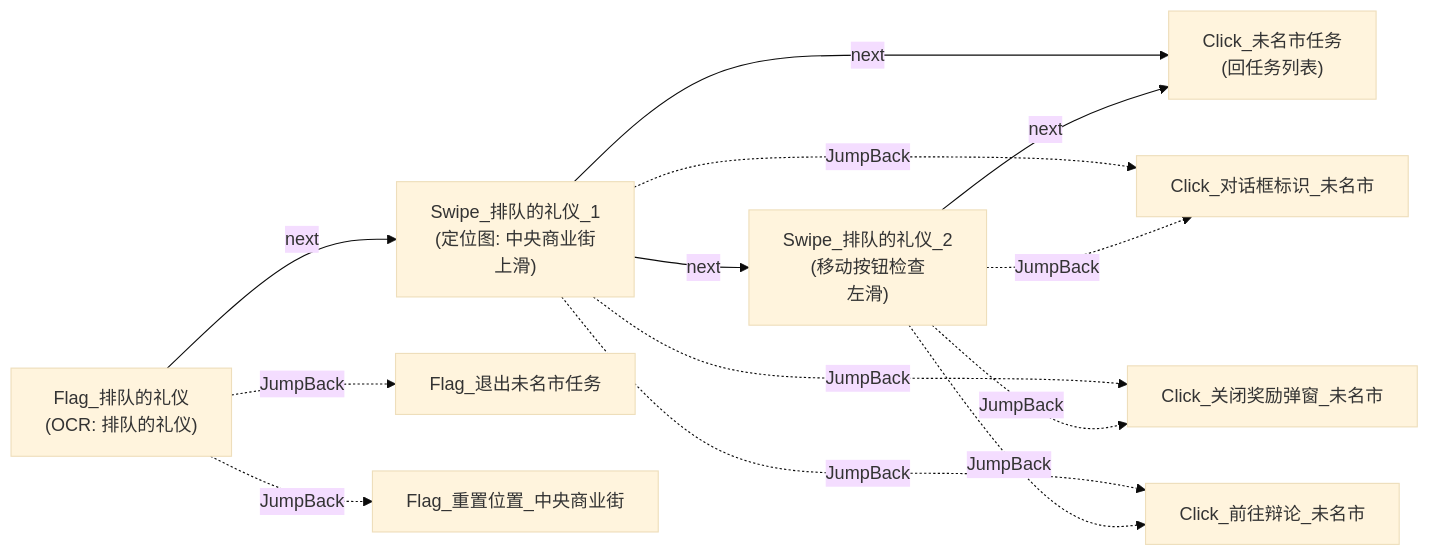
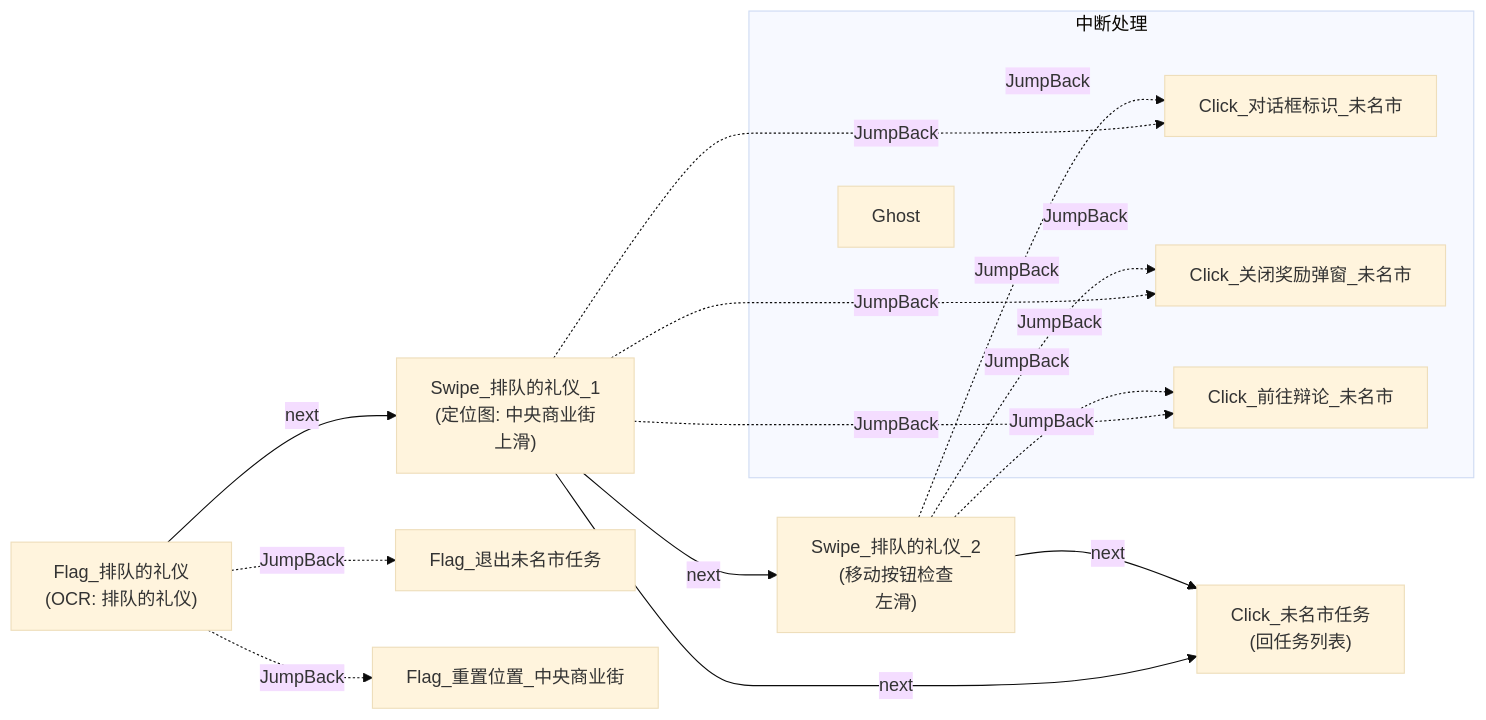
Diagram 33 of 44 in docs/zh_cn/develop/Pipeline说明.md (Coxwtwo/MaaTOT), drawn with Mermaid (base theme) before and after one commit. The commit also changed other lines of this file, not shown here.

````diff
--- a/docs/zh_cn/develop/Pipeline说明.md
+++ b/docs/zh_cn/develop/Pipeline说明.md
@@ -979,17 +982,22 @@
 ```mermaid
 flowchart LR
     n1["Flag_排队的礼仪<br>(OCR: 排队的礼仪)"] -->|next| n2["Swipe_排队的礼仪_1<br>(定位图: 中央商业街<br>上滑)"]
     n1 -.->|JumpBack| n_exit["Flag_退出未名市任务"]
     n1 -.->|JumpBack| n_reset["Flag_重置位置_中央商业街"]
+    n2 -->|next| n3["Swipe_排队的礼仪_2<br>(移动按钮检查<br>左滑)"]
 
-    n2 -->|next| n3["Swipe_排队的礼仪_2<br>(移动按钮检查<br>左滑)"]
-    n2 -->|next| n_done["Click_未名市任务<br>(回任务列表)"]
     n2 -.->|JumpBack| d1["Click_对话框标识_未名市"]
     n2 -.->|JumpBack| d2["Click_关闭奖励弹窗_未名市"]
     n2 -.->|JumpBack| d3["Click_前往辩论_未名市"]
+    n2 -->|next| n_done["Click_未名市任务<br>(回任务列表)"]
 
-    n3 -->|next| n_done
     n3 -.->|JumpBack| d1
     n3 -.->|JumpBack| d2
     n3 -.->|JumpBack| d3
+    n3 -->|next| n_done
+    subgraph 中断处理
+        Ghost:::hidden ~~~|JumpBack| d1["Click_对话框标识_未名市"]
+        Ghost ~~~|JumpBack| d2["Click_关闭奖励弹窗_未名市"]
+        Ghost ~~~|JumpBack| d3["Click_前往辩论_未名市"]
+    end
 ```
````
